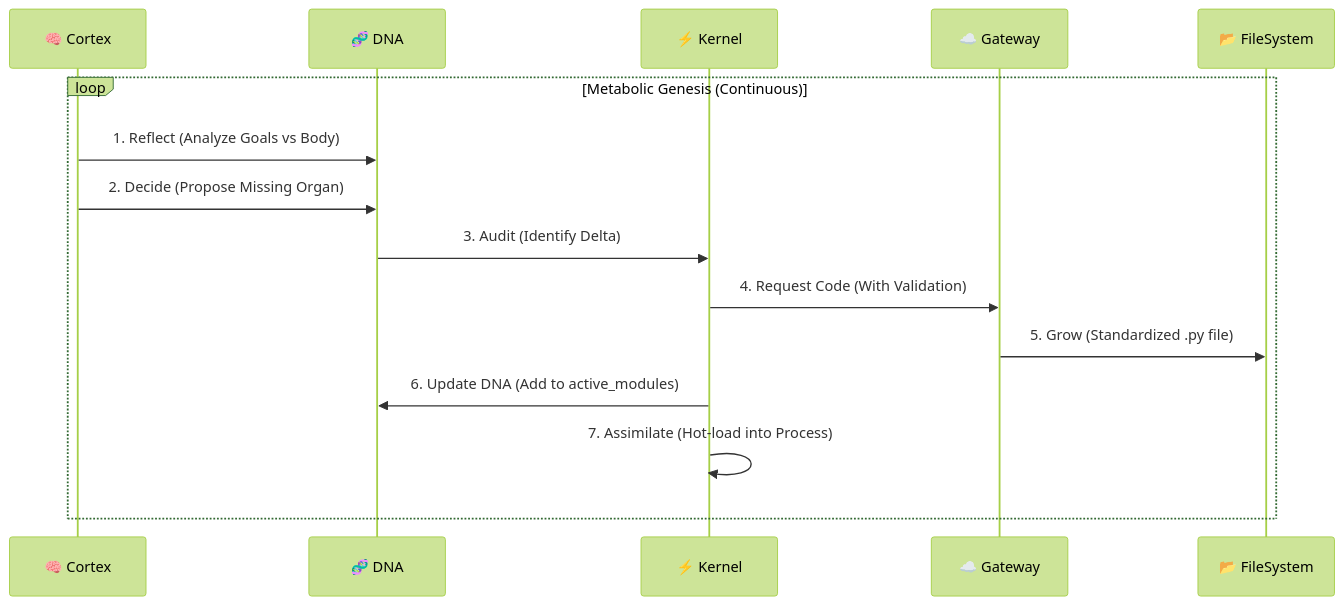
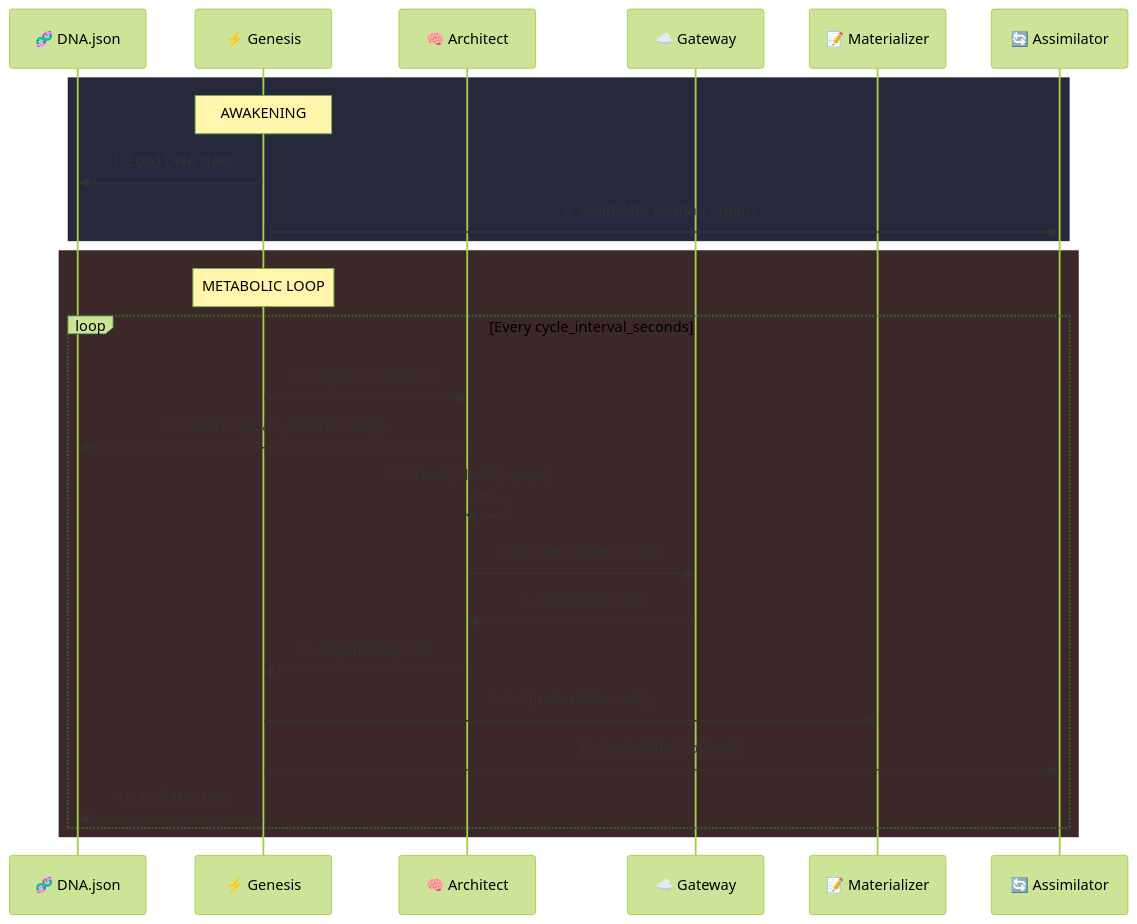
Before and after one commit to nranjan2code/sutraworks-SEAAM: the first of 5 diagrams in docs/DESIGN.md, drawn with Mermaid (forest theme). The commit also changed other lines of this file and 49 other files, not shown here.

First line of the commit message:
🚀 Major Architectural Refactor (A+ Grade)

````diff
--- a/docs/DESIGN.md
+++ b/docs/DESIGN.md
@@ -7,18 +16,31 @@
 ```mermaid
 sequenceDiagram
-    participant Architect as 🧠 Cortex
-    participant DNA as 🧬 DNA
-    participant Genesis as ⚡ Kernel
-    participant Gateway as ☁️ Gateway
-    participant FileSys as 📂 FileSystem
+    participant DNA as 🧬 DNA.json
+    participant G as ⚡ Genesis
+    participant A as 🧠 Architect
+    participant GW as ☁️ Gateway
+    participant M as 📝 Materializer
+    participant AS as 🔄 Assimilator
 
-    loop Metabolic Genesis (Continuous)
-        Architect->>DNA: 1. Reflect (Analyze Goals vs Body)
-        Architect->>DNA: 2. Decide (Propose Missing Organ)
-        DNA->>Genesis: 3. Audit (Identify Delta)
-        Genesis->>Gateway: 4. Request Code (With Validation)
-        Gateway->>FileSys: 5. Grow (Standardized .py file)
-        Genesis->>DNA: 6. Update DNA (Add to active_modules)
-        Genesis->>Genesis: 7. Assimilate (Hot-load into Process)
+    rect rgb(40, 40, 60)
+        Note over G: AWAKENING
+        G->>DNA: 1. Load DNA state
+        G->>AS: 2. Assimilate existing organs
+    end
+    
+    rect rgb(60, 40, 40)
+        Note over G: METABOLIC LOOP
+        loop Every cycle_interval_seconds
+            G->>A: 3. Request reflection
+            A->>DNA: 4. Observe (goals, failures, body)
+            A->>A: 5. Orient (identify gaps)
+            A->>GW: 6. Decide (request code)
+            GW-->>A: 7. Generated code
+            A-->>G: 8. OrganBlueprints
+            
+            G->>M: 9. Act (materialize code)
+            G->>AS: 10. Assimilate (hot-load)
+            G->>DNA: 11. Update state
+        end
     end
 ```
````
